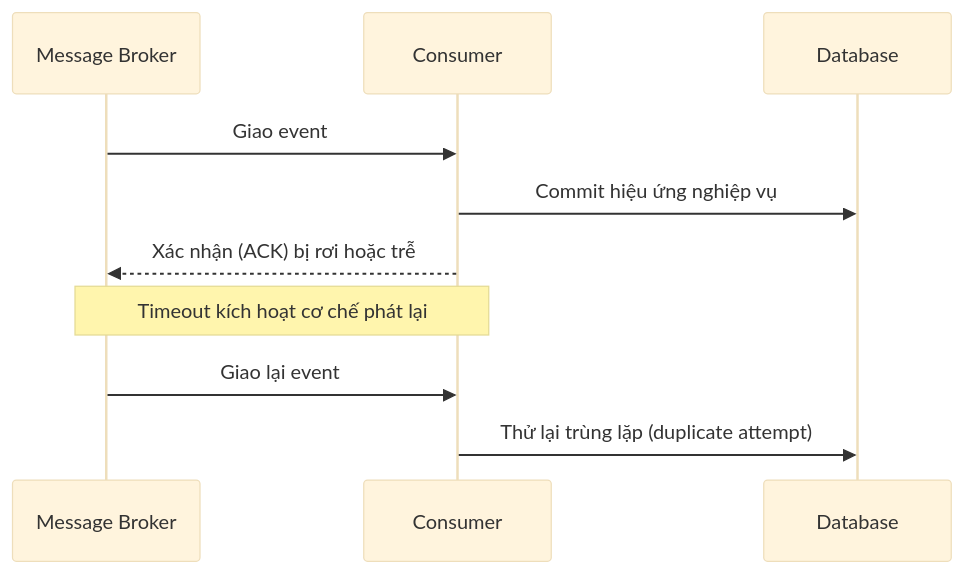
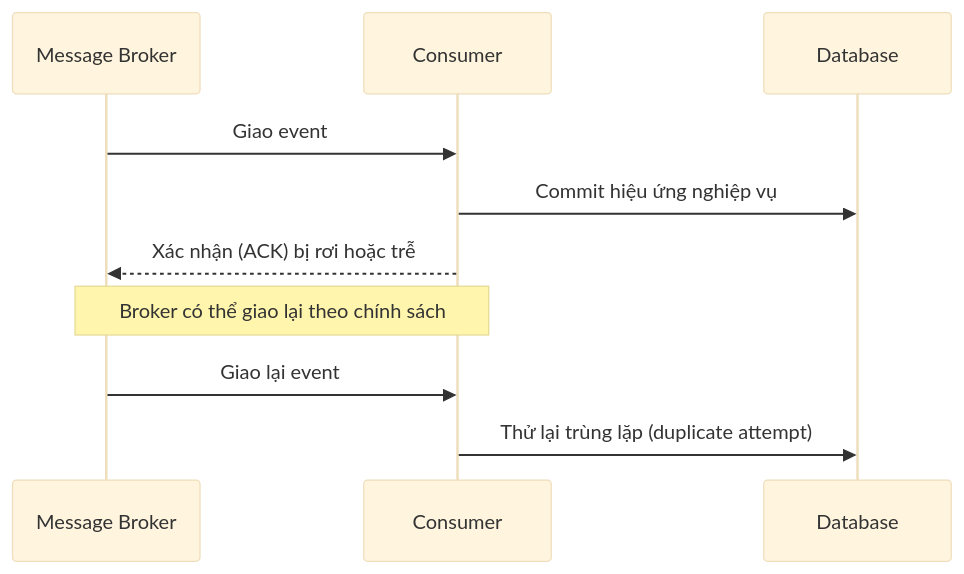
One commit to thucne/software-development-atlas changed the second of 3 diagrams in content/docs/distributed-systems/delivery-semantics.vi.mdx. Above: the diagram before and after it, drawn with Mermaid (base theme). The commit also changed other lines of this file and 10 other files, not shown here.

````diff
--- a/content/docs/distributed-systems/delivery-semantics.vi.mdx
+++ b/content/docs/distributed-systems/delivery-semantics.vi.mdx
@@ -59,12 +59,12 @@
 ```mermaid
 sequenceDiagram
   participant B as Message Broker
   participant C as Consumer
   participant D as Database
   B->>C: Giao event
   C->>D: Commit hiệu ứng nghiệp vụ
   C-->>B: Xác nhận (ACK) bị rơi hoặc trễ
-  Note over B,C: Timeout kích hoạt cơ chế phát lại
+  Note over B,C: Broker có thể giao lại theo chính sách
   B->>C: Giao lại event
   C->>D: Thử lại trùng lặp (duplicate attempt)
 ```
````
